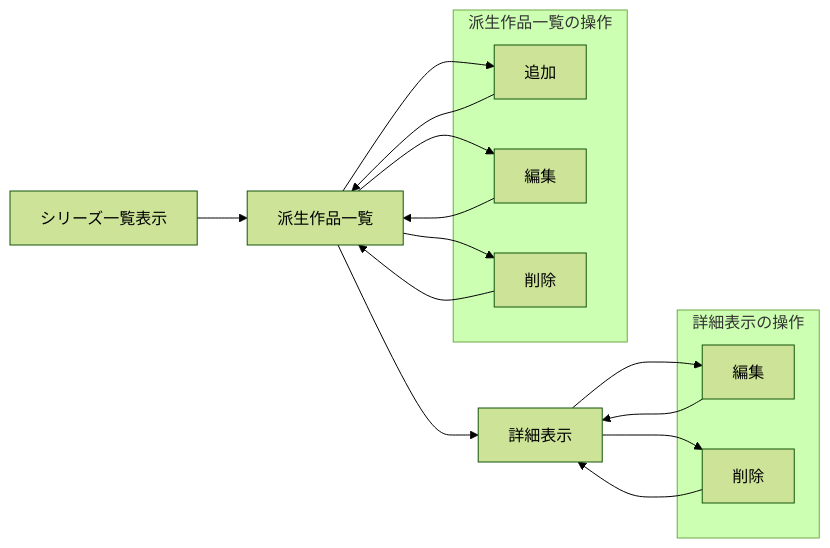
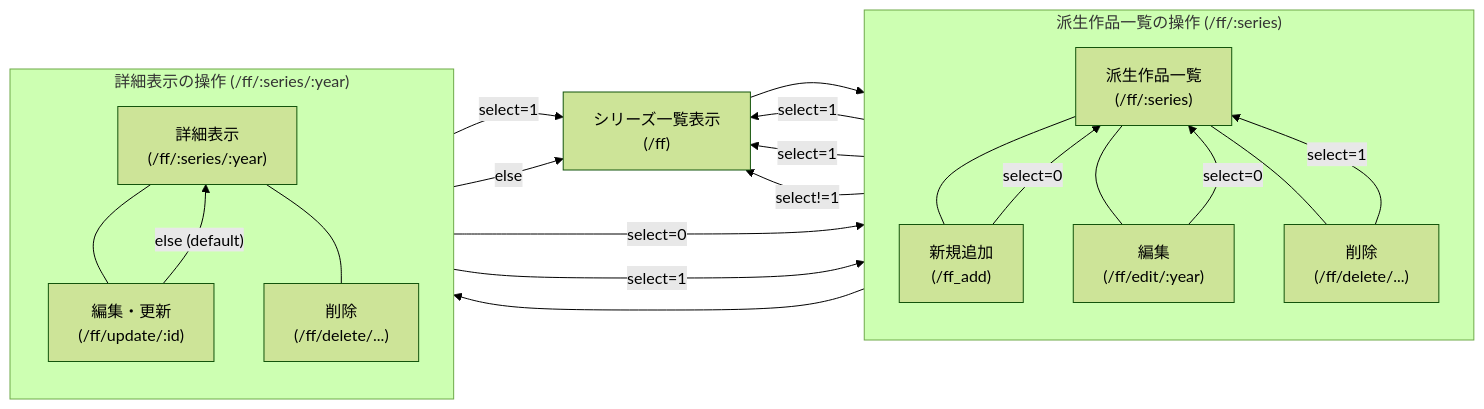
One commit to kaito0907usagi-alt/webp_report changed the diagram in memo.md. Above: the diagram before and after it, drawn with Mermaid (forest theme). The commit also changed other lines of this file and 8 other files, not shown here.

````diff
--- a/memo.md
+++ b/memo.md
@@ -18,33 +18,49 @@
 ```mermaid
 graph LR
-        %% 変更: 各操作を「起点ごと」に分け、操作後は起点に戻る一方向フローにします。
-        A["シリーズ一覧表示"]
-        B["派生作品一覧"]
-        C["詳細表示"]
+    %% ページ構成 (ff.js のルーティングに基づく)
+    A["シリーズ一覧表示<br/>(/ff)"]
+    B["派生作品一覧<br/>(/ff/:series)"]
+    C["詳細表示<br/>(/ff/:series/:year)"]
 
-        A --> B
-        B --> C
+    %% メインフロー
+    A --> B
+    B --> C
 
-        %% 派生作品一覧の操作（起点に戻る）
-        subgraph "派生作品一覧の操作"
-            addB["追加"]
-            editB["編集"]
-            delB["削除"]
-        end
-        B --> addB
-        B --> editB
-        B --> delB
-        addB --> B
-        editB --> B
-        delB --> B
+    %% 派生作品一覧の操作（起点に戻る/リダイレクト）
+    subgraph "派生作品一覧の操作 (/ff/:series)"
+        direction TB
+        addB["新規追加<br/>(/ff_add)"]
+        editB["編集<br/>(/ff/edit/:year)"]
+        delB["削除<br/>(/ff/delete/...)"]
 
-        %% 詳細表示の操作（起点に戻る）
-        subgraph "詳細表示の操作"
-            editC["編集"]
-            delC["削除"]
-        end
-        C --> editC
-        C --> delC
-        editC -->C
-        delC --> C
+        addB -- "select=0" --> B
+
+        editB -- "select=0" --> B
+
+        delB -- "select=1" --> B
+
+    end
+    addB -- "select=1" --> A
+    editB -- "select=1" --> A
+    delB -- "select!=1" --> A
+    B --- addB
+    B --- editB
+    B --- delB
+
+    %% 詳細表示の操作（起点に戻る/リダイレクト）
+    subgraph "詳細表示の操作 (/ff/:series/:year)"
+        direction TB
+        editC["編集・更新<br/>(/ff/update/:id)"]
+        delC["削除<br/>(/ff/delete/...)"]
+
+        editC -- "else (default)" --> C
+        editC -- "select=0" --> B
+
+        delC -- "select=1" --> B
+
+    end
+    editC -- "select=1" --> A
+    delC -- "else" --> A
+    C --- editC
+    C --- delC
 ```
````
